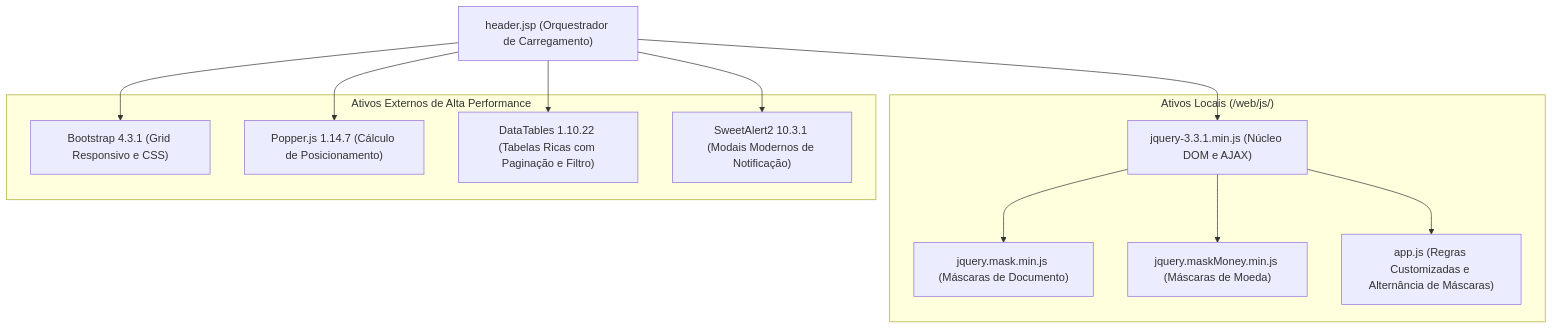
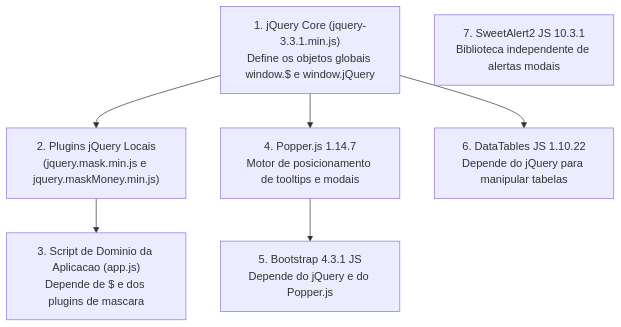
One commit to murilolol/unifef changed the ninth of 17 diagrams in 3º Semestre/[Prof. Jefferson Passerini] Laboratório de Programação III/Resumos-IA/Caderno-Consolidado.md. Above: the diagram before and after it, drawn with Mermaid. The commit also changed other lines of this file and 10 other files, not shown here.

````diff
--- a/3º Semestre/[Prof. Jefferson Passerini] Laboratório de Programação III/Resumos-IA/Caderno-Consolidado.md
+++ b/3º Semestre/[Prof. Jefferson Passerini] Laboratório de Programação III/Resumos-IA/Caderno-Consolidado.md
@@ -356,27 +719,16 @@
 ```mermaid
 flowchart TD
-    Header["header.jsp (Orquestrador de Carregamento)"]
-    
-    subgraph Locais["Ativos Locais (/web/js/)"]
-        JQ["jquery-3.3.1.min.js (Núcleo DOM e AJAX)"]
-        JQM["jquery.mask.min.js (Máscaras de Documento)"]
-        JQMM["jquery.maskMoney.min.js (Máscaras de Moeda)"]
-        APP["app.js (Regras Customizadas e Alternância de Máscaras)"]
-    end
+    JQuery["1. jQuery Core (jquery-3.3.1.min.js)<br>Define os objetos globais window.$ e window.jQuery"]
+    Plugins["2. Plugins jQuery Locais<br>(jquery.mask.min.js e jquery.maskMoney.min.js)"]
+    AppJS["3. Script de Dominio da Aplicacao (app.js)<br>Depende de $ e dos plugins de mascara"]
+    Popper["4. Popper.js 1.14.7<br>Motor de posicionamento de tooltips e modais"]
+    Bootstrap["5. Bootstrap 4.3.1 JS<br>Depende do jQuery e do Popper.js"]
+    DataTables["6. DataTables JS 1.10.22<br>Depende do jQuery para manipular tabelas"]
+    SweetAlert["7. SweetAlert2 JS 10.3.1<br>Biblioteca independente de alertas modais"]
 
-    subgraph CDNs["Ativos Externos de Alta Performance"]
-        BS["Bootstrap 4.3.1 (Grid Responsivo e CSS)"]
-        POP["Popper.js 1.14.7 (Cálculo de Posicionamento)"]
-        DT["DataTables 1.10.22 (Tabelas Ricas com Paginação e Filtro)"]
-        SWAL["SweetAlert2 10.3.1 (Modais Modernos de Notificação)"]
-    end
-
-    Header --> JQ
-    JQ --> JQM
-    JQ --> JQMM
-    JQ --> APP
-    Header --> BS
-    Header --> POP
-    Header --> DT
-    Header --> SWAL
+    JQuery --> Plugins
+    Plugins --> AppJS
+    JQuery --> Popper
+    Popper --> Bootstrap
+    JQuery --> DataTables
 ```
````
